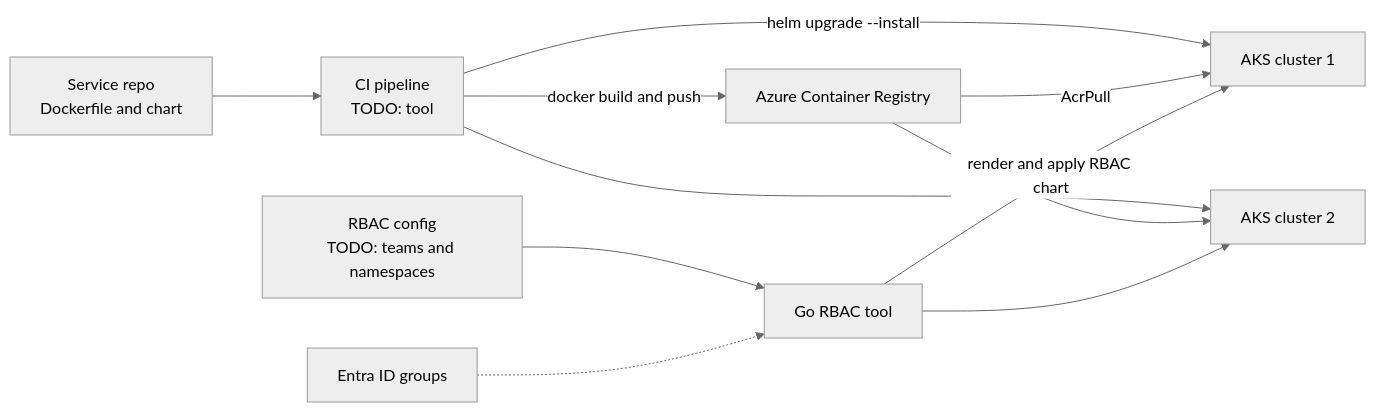
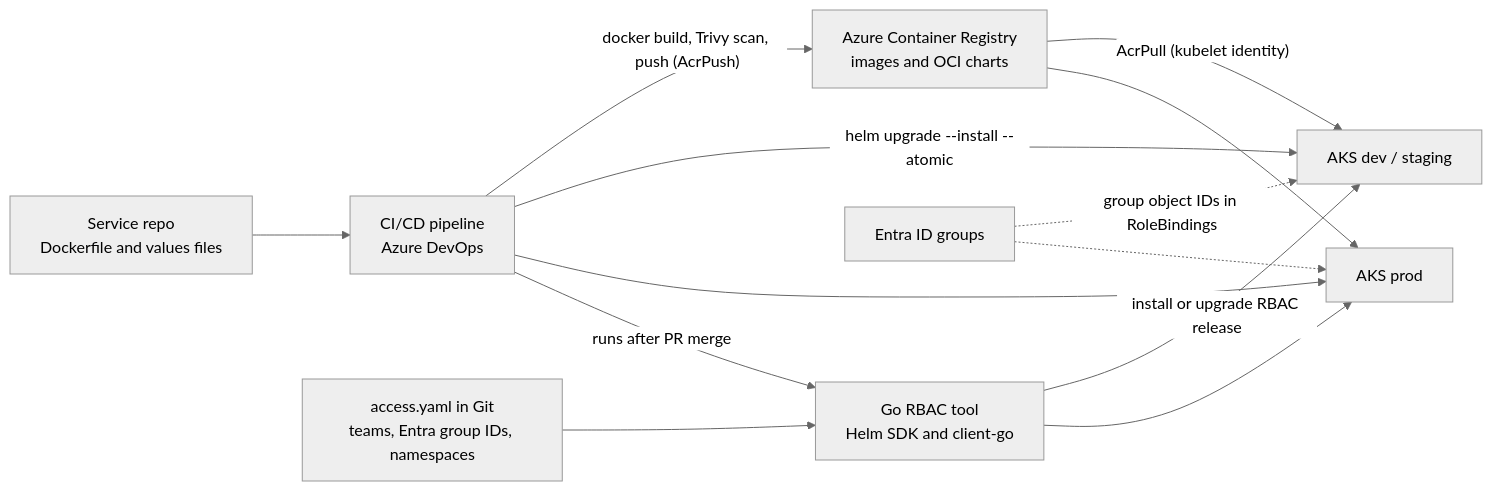
The diagram in my-projects/02-helm-rbac-automation-go.md (SivaKumarMahan/interview-questions), drawn with Mermaid (neutral theme) before and after one commit. The commit also changed other lines of this file and 13 other files, not shown here.

````diff
--- a/my-projects/02-helm-rbac-automation-go.md
+++ b/my-projects/02-helm-rbac-automation-go.md
@@ -50,13 +50,15 @@
 ```mermaid
 flowchart LR
-    DEV["Service repo<br/>Dockerfile and chart"] --> CI["CI pipeline<br/>TODO: tool"]
-    CI -->|"docker build and push"| ACR["Azure Container Registry"]
-    CI -->|"helm upgrade --install"| AKS1["AKS cluster 1"]
-    CI --> AKS2["AKS cluster 2"]
-    ACR -->|"AcrPull"| AKS1
+    DEV["Service repo<br/>Dockerfile and values files"] --> CI["CI/CD pipeline<br/>Azure DevOps"]
+    CI -->|"docker build, Trivy scan, push (AcrPush)"| ACR["Azure Container Registry<br/>images and OCI charts"]
+    CI -->|"helm upgrade --install --atomic"| AKS1["AKS dev / staging"]
+    CI --> AKS2["AKS prod"]
+    ACR -->|"AcrPull (kubelet identity)"| AKS1
     ACR --> AKS2
-    CFG["RBAC config<br/>TODO: teams and namespaces"] --> GO["Go RBAC tool"]
-    GO -->|"render and apply RBAC chart"| AKS1
+    CFG["access.yaml in Git<br/>teams, Entra group IDs, namespaces"] --> GO["Go RBAC tool<br/>Helm SDK and client-go"]
+    CI -->|"runs after PR merge"| GO
+    GO -->|"install or upgrade RBAC release"| AKS1
     GO --> AKS2
-    ENTRA["Entra ID groups"] -.-> GO
+    ENTRA["Entra ID groups"] -.->|"group object IDs in RoleBindings"| AKS1
+    ENTRA -.-> AKS2
 ```
````
